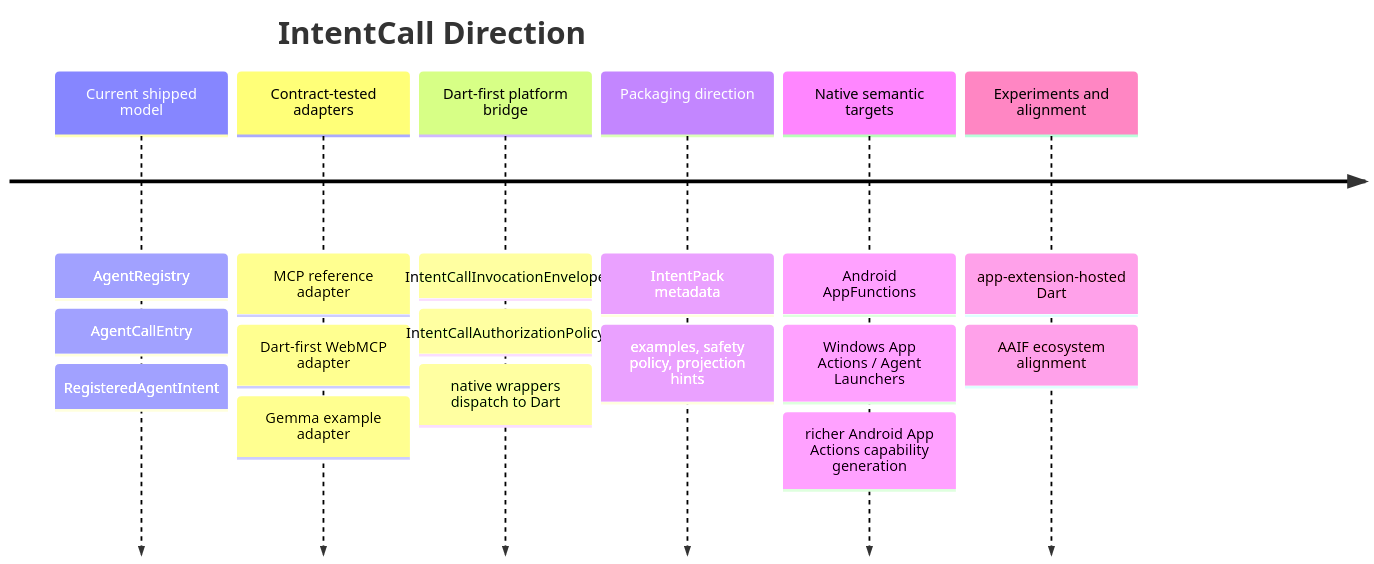
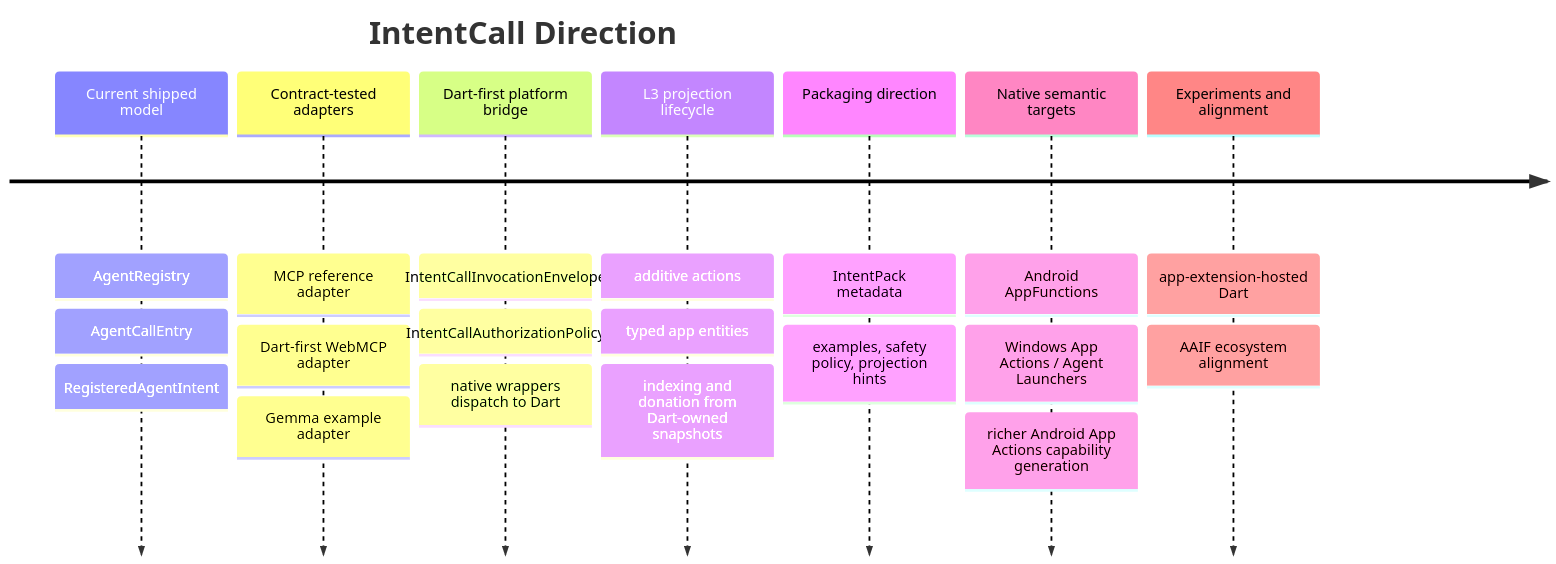
Before and after one commit to Arenukvern/intentcall: the diagram in docs/start_here/roadmap.mdx, drawn with Mermaid. The commit also changed other lines of this file and 59 other files, not shown here.

````diff
--- a/docs/start_here/roadmap.mdx
+++ b/docs/start_here/roadmap.mdx
@@ -5,20 +5,23 @@
 ```mermaid
 timeline
   title IntentCall Direction
   Current shipped model : AgentRegistry
                         : AgentCallEntry
                         : RegisteredAgentIntent
   Contract-tested adapters : MCP reference adapter
                            : Dart-first WebMCP adapter
                            : Gemma example adapter
   Dart-first platform bridge : IntentCallInvocationEnvelope
                              : IntentCallAuthorizationPolicy
                              : native wrappers dispatch to Dart
+  L3 projection lifecycle : additive actions
+                          : typed app entities
+                          : indexing and donation from Dart-owned snapshots
   Packaging direction : IntentPack metadata
                       : examples, safety policy, projection hints
   Native semantic targets : Android AppFunctions
                           : Windows App Actions / Agent Launchers
                           : richer Android App Actions capability generation
   Experiments and alignment : app-extension-hosted Dart
                             : AAIF ecosystem alignment
 ```
````
